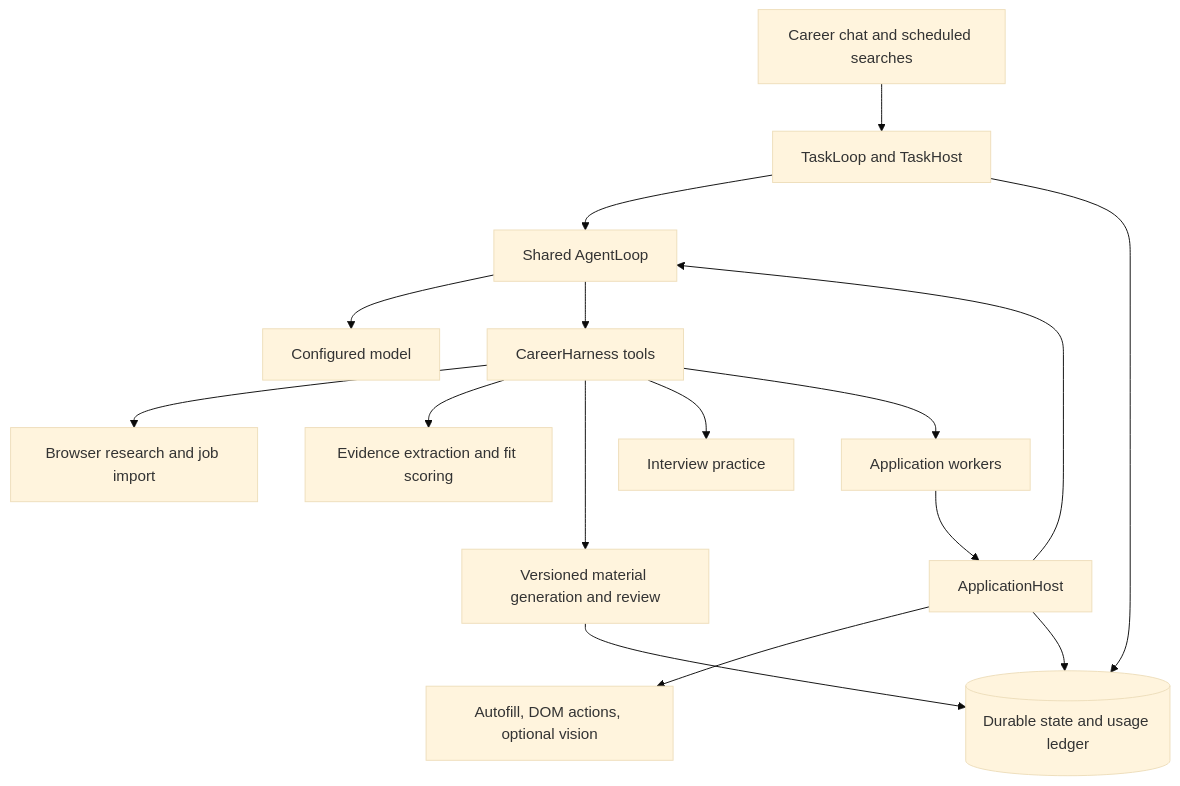
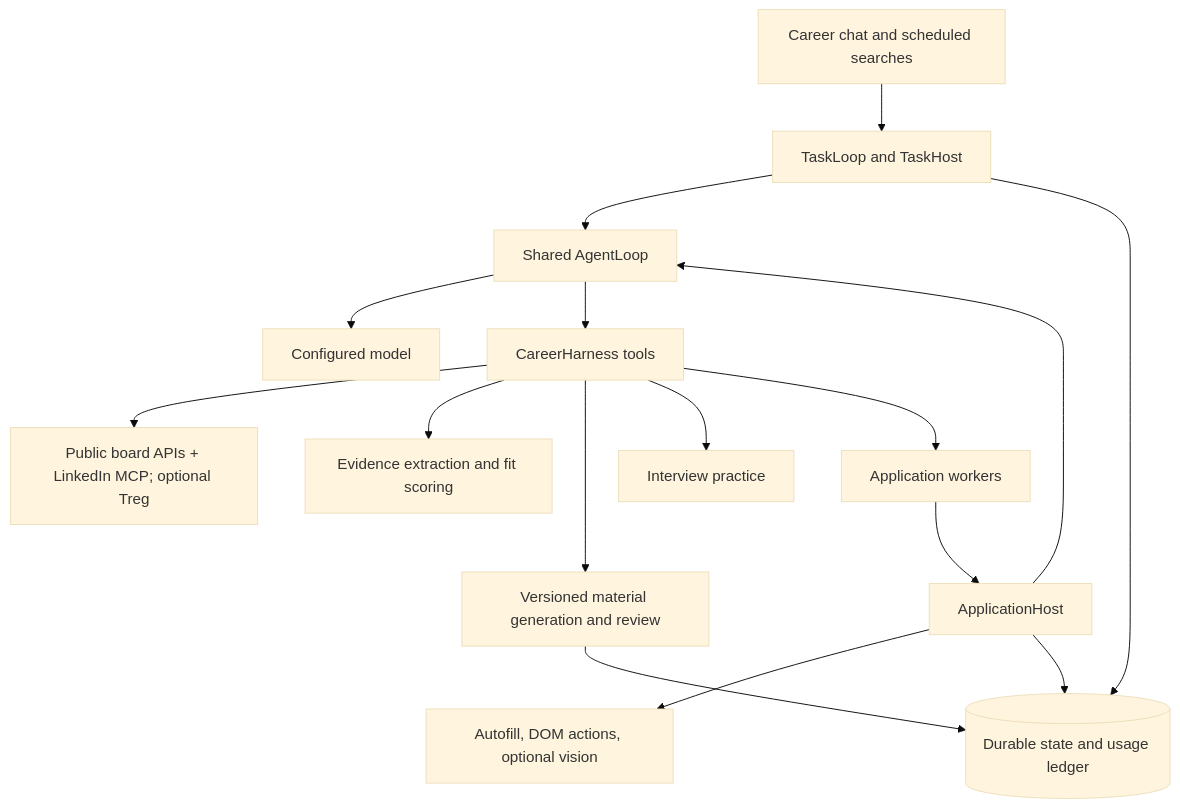
The diagram in docs/agent-loop.md (ethany14/Eregion-Agent), drawn with Mermaid (base theme) before and after one commit. The commit also changed other lines of this file and 1213 other files, not shown here.

````diff
--- a/docs/agent-loop.md
+++ b/docs/agent-loop.md
@@ -12,18 +12,18 @@
 ```mermaid
 flowchart TD
     UI[Career chat and scheduled searches] --> Task[TaskLoop and TaskHost]
     Task --> Loop[Shared AgentLoop]
     Loop --> Model[Configured model]
     Loop --> Career[CareerHarness tools]
-    Career --> Search[Browser research and job import]
+    Career --> Search[Public board APIs + LinkedIn MCP; optional Treg]
     Career --> Fit[Evidence extraction and fit scoring]
     Career --> Materials[Versioned material generation and review]
     Career --> Interview[Interview practice]
     Career --> Apply[Application workers]
     Apply --> Host[ApplicationHost]
     Host --> Loop
     Host --> Browser[Autofill, DOM actions, optional vision]
     Task --> DB[(Durable state and usage ledger)]
     Host --> DB
     Materials --> DB
 ```
````
